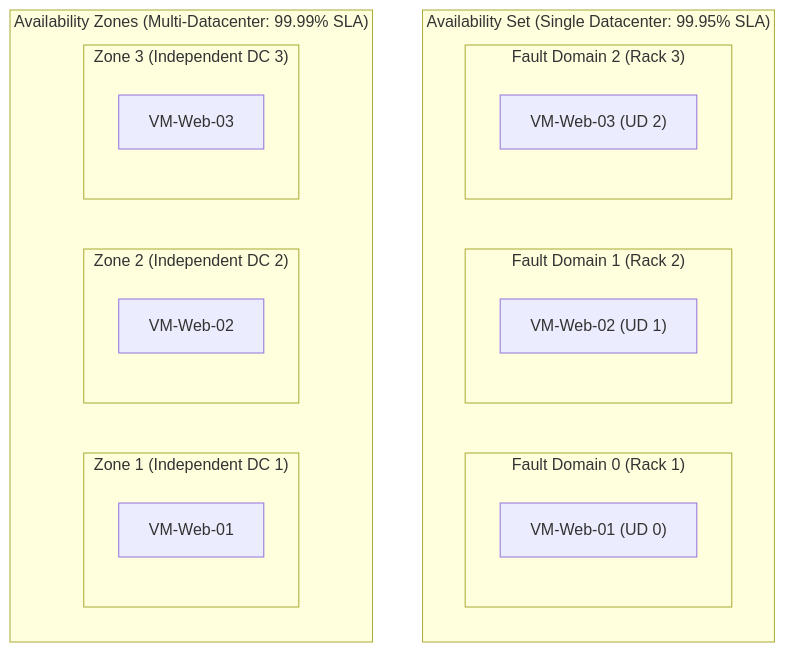
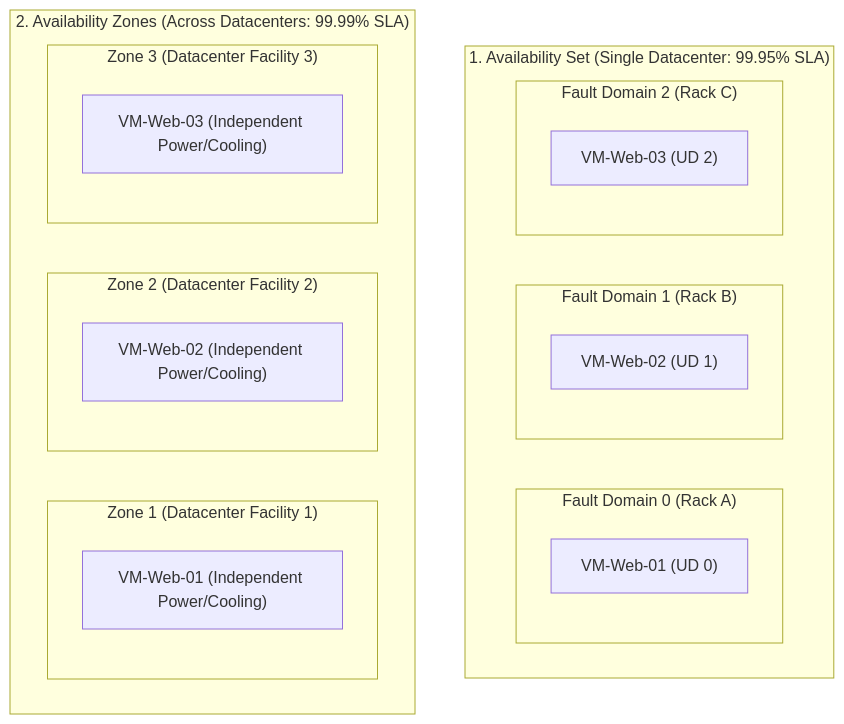
Before and after one commit to kmashour/BrainDump: the first of 2 diagrams in Reference Notes/13-104-09_administer_azure_virtual_machines.md, drawn with Mermaid. The commit also changed other lines of this file and 13 other files, not shown here.

Commit message:
feat(az-104): re-architect complete 12-module curriculum into progressive masterclass lecture series with lab bridges

````diff
--- a/Reference Notes/13-104-09_administer_azure_virtual_machines.md
+++ b/Reference Notes/13-104-09_administer_azure_virtual_machines.md
@@ -106,26 +112,26 @@
 ```mermaid
 flowchart TD
-    subgraph AvSet ["Availability Set (Single Datacenter: 99.95% SLA)"]
-        subgraph FD0 ["Fault Domain 0 (Rack 1)"]
+    subgraph AvSet ["1. Availability Set (Single Datacenter: 99.95% SLA)"]
+        subgraph FD0 ["Fault Domain 0 (Rack A)"]
             VM1_AS["VM-Web-01 (UD 0)"]
         end
-        subgraph FD1 ["Fault Domain 1 (Rack 2)"]
+        subgraph FD1 ["Fault Domain 1 (Rack B)"]
             VM2_AS["VM-Web-02 (UD 1)"]
         end
-        subgraph FD2 ["Fault Domain 2 (Rack 3)"]
+        subgraph FD2 ["Fault Domain 2 (Rack C)"]
             VM3_AS["VM-Web-03 (UD 2)"]
         end
     end
 
-    subgraph AvZones ["Availability Zones (Multi-Datacenter: 99.99% SLA)"]
-        subgraph Zone1 ["Zone 1 (Independent DC 1)"]
-            VM1_AZ["VM-Web-01"]
+    subgraph AvZone ["2. Availability Zones (Across Datacenters: 99.99% SLA)"]
+        subgraph Zone1 ["Zone 1 (Datacenter Facility 1)"]
+            VM1_AZ["VM-Web-01 (Independent Power/Cooling)"]
         end
-        subgraph Zone2 ["Zone 2 (Independent DC 2)"]
-            VM2_AZ["VM-Web-02"]
+        subgraph Zone2 ["Zone 2 (Datacenter Facility 2)"]
+            VM2_AZ["VM-Web-02 (Independent Power/Cooling)"]
         end
-        subgraph Zone3 ["Zone 3 (Independent DC 3)"]
-            VM3_AZ["VM-Web-03"]
+        subgraph Zone3 ["Zone 3 (Datacenter Facility 3)"]
+            VM3_AZ["VM-Web-03 (Independent Power/Cooling)"]
         end
     end
 ```
````
